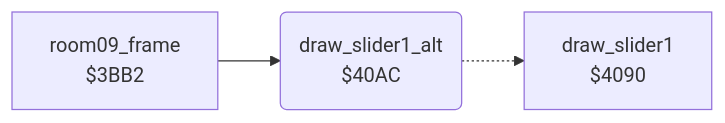
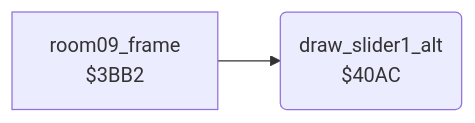
The diagram in bruce_lee/docs/reference/modules/room/room_hazard_draw_40ac.md (henols/c64_games), drawn with Mermaid before and after one commit. The commit also changed other lines of this file and 236 other files, not shown here.

````diff
--- a/bruce_lee/docs/reference/modules/room/room_hazard_draw_40ac.md
+++ b/bruce_lee/docs/reference/modules/room/room_hazard_draw_40ac.md
@@ -10,8 +16,6 @@
 ```mermaid
 flowchart LR
   n3bb2["room09_frame<br/>$3BB2"]
-  n4090["draw_slider1<br/>$4090"]
   n40ac("draw_slider1_alt<br/>$40AC")
   n3bb2 --> n40ac
-  n40ac -.-> n4090
 ```
````
